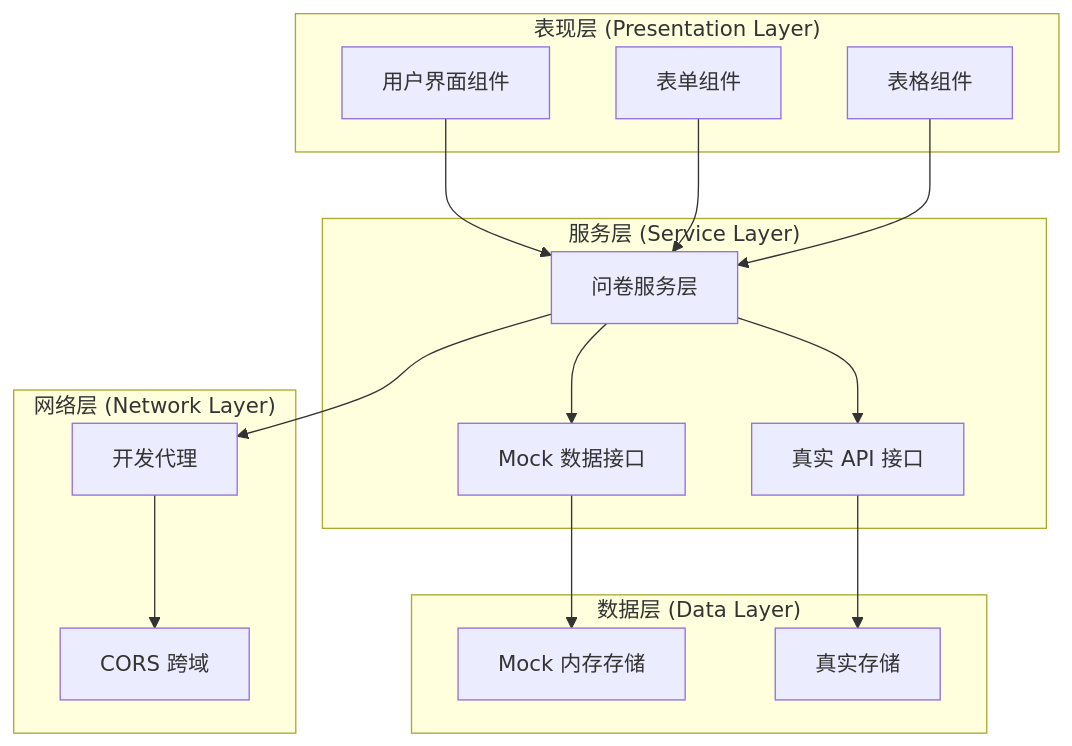
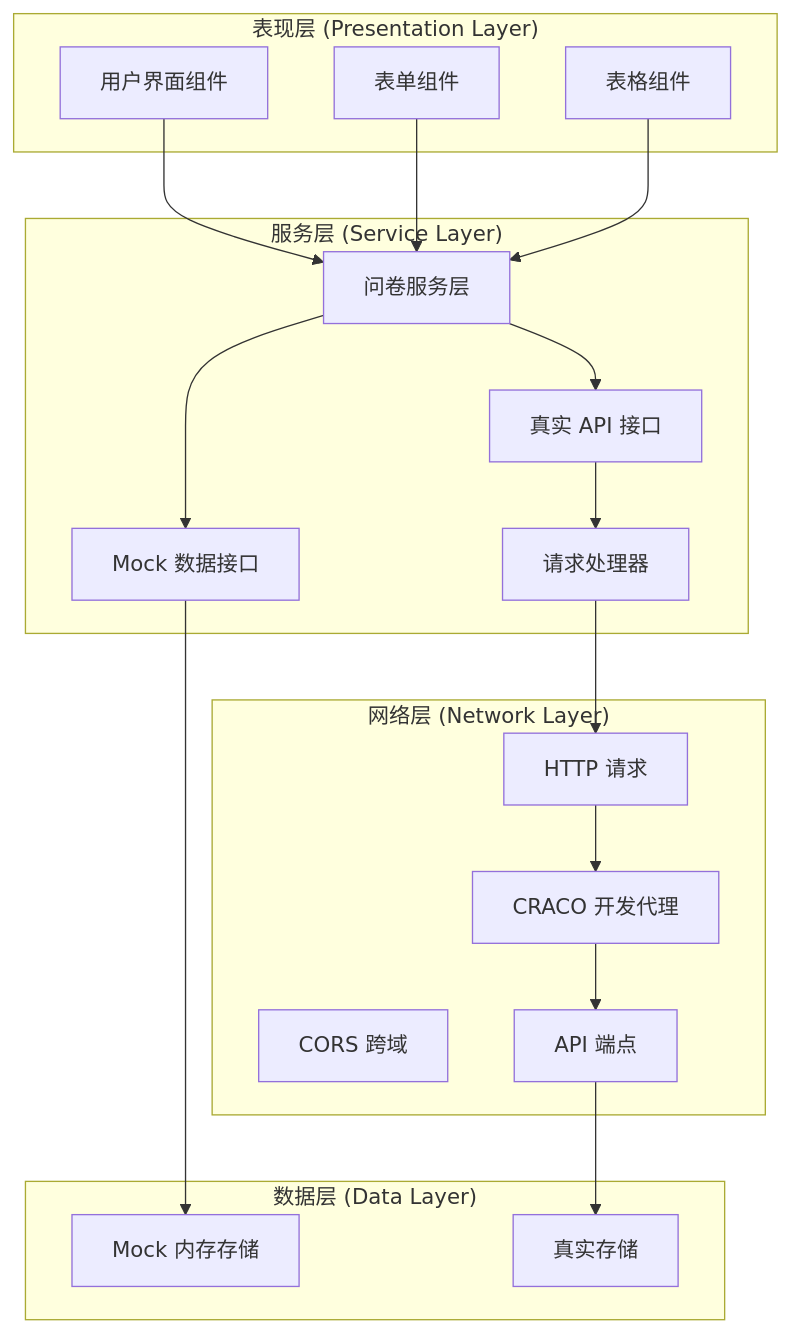
The fifth of 9 diagrams in .qoder/repowiki/zh/content/核心组件/Mock 数据系统.md (kkxxll/reactNext), drawn with Mermaid before and after one commit. The commit also changed other lines of this file and 12 other files, not shown here.

````diff
--- a/.qoder/repowiki/zh/content/核心组件/Mock 数据系统.md
+++ b/.qoder/repowiki/zh/content/核心组件/Mock 数据系统.md
@@ -177,30 +233,35 @@
 ```mermaid
 graph TB
 subgraph "表现层 (Presentation Layer)"
 UI[用户界面组件]
 FORM[表单组件]
 TABLE[表格组件]
 end
 subgraph "服务层 (Service Layer)"
 SERVICE[问卷服务层]
 MOCK[Mock 数据接口]
 API[真实 API 接口]
+REQUEST[请求处理器]
 end
 subgraph "数据层 (Data Layer)"
 MOCK_STORE[Mock 内存存储]
 REAL_STORE[真实存储]
 end
 subgraph "网络层 (Network Layer)"
-PROXY[开发代理]
+PROXY[CRACO 开发代理]
 CORS[CORS 跨域]
+HTTP[HTTP 请求]
+ENDPOINT[API 端点]
 end
 UI --> SERVICE
 FORM --> SERVICE
 TABLE --> SERVICE
 SERVICE --> MOCK
 SERVICE --> API
 MOCK --> MOCK_STORE
-API --> REAL_STORE
-SERVICE --> PROXY
-PROXY --> CORS
+API --> REQUEST
+REQUEST --> HTTP
+HTTP --> PROXY
+PROXY --> ENDPOINT
+ENDPOINT --> REAL_STORE
 ```
````
